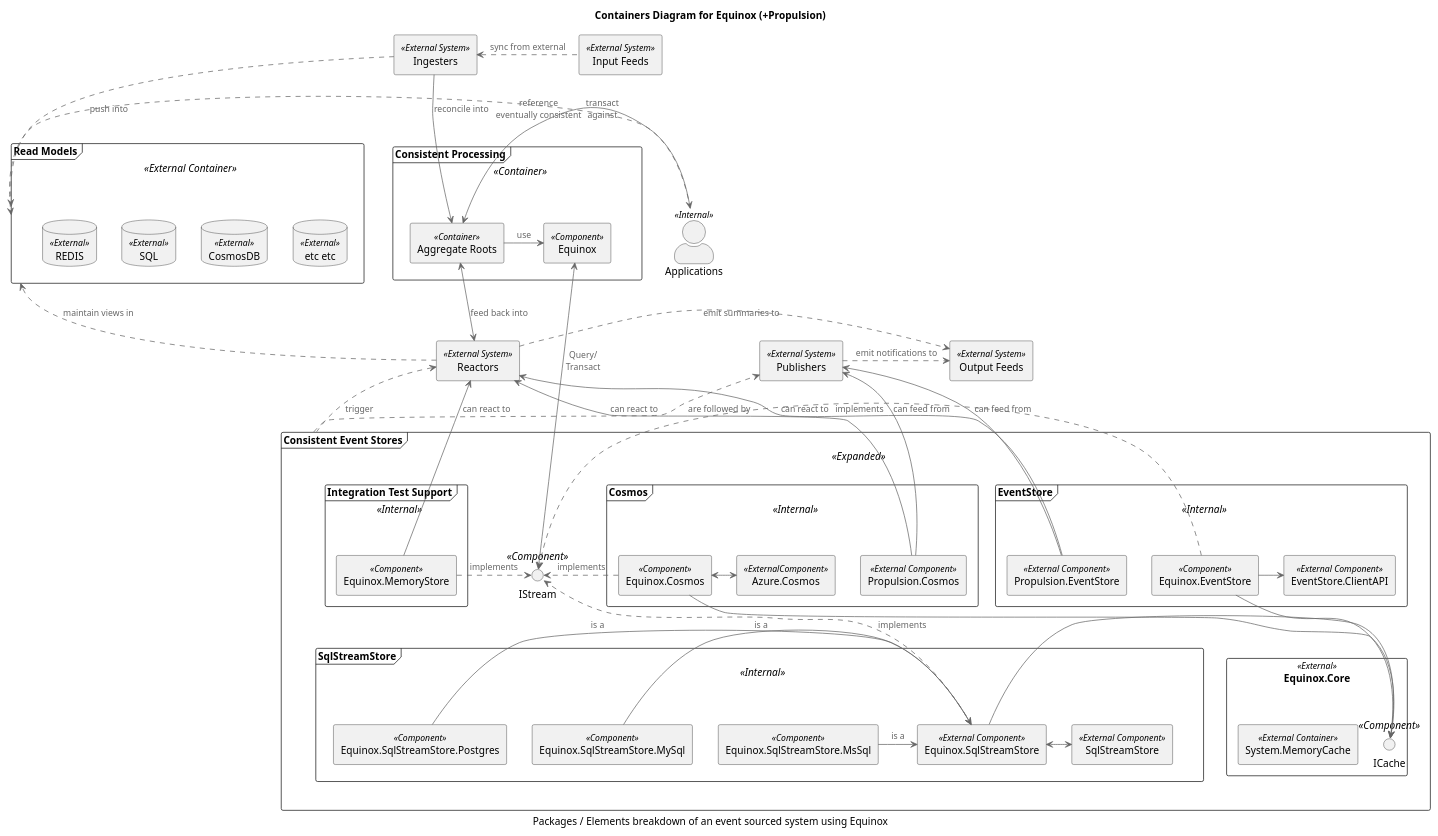
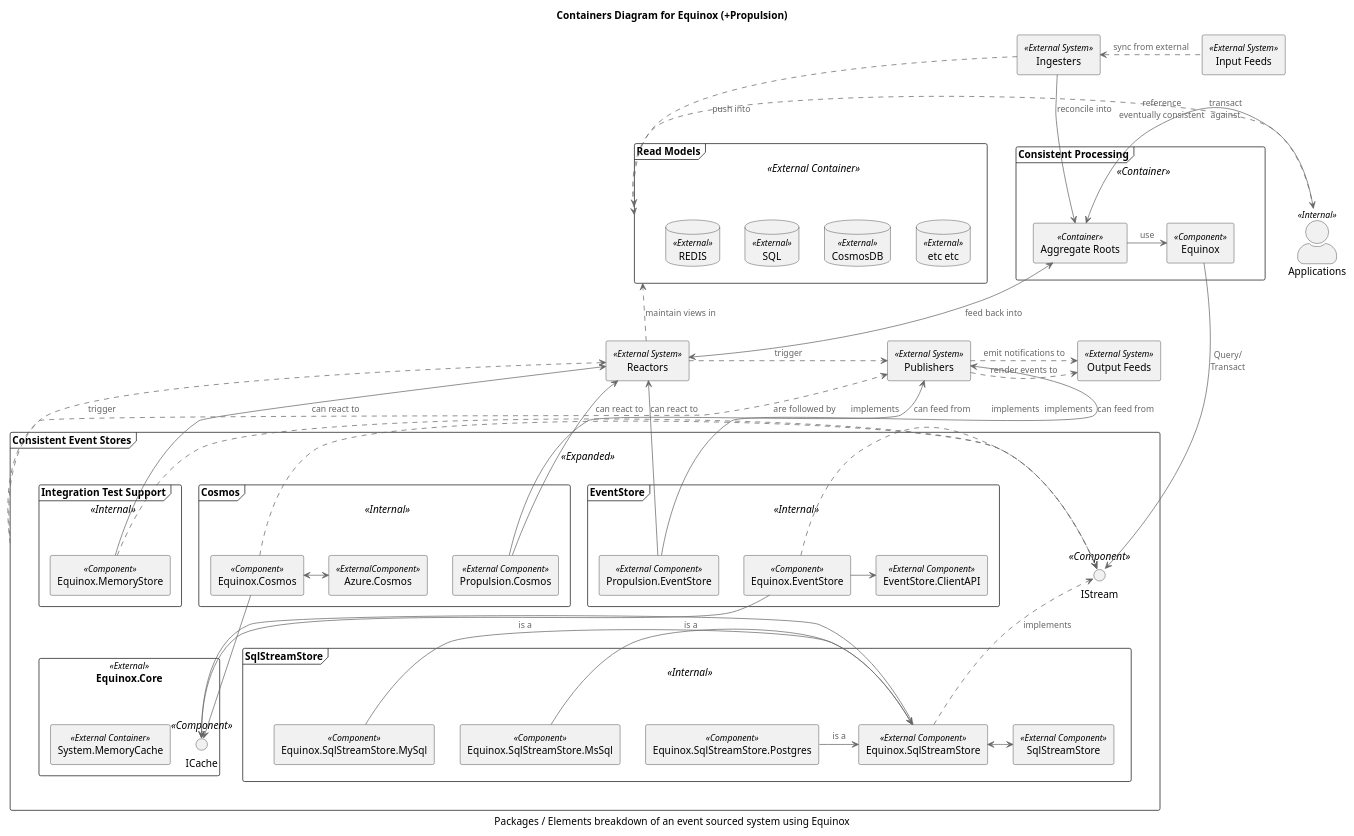
Before and after one commit to jet/equinox: the diagram in diagrams/container.puml, drawn with PlantUML. The commit also changed 14 other files, not shown here.

```diff
--- a/diagrams/container.puml
+++ b/diagrams/container.puml
@@ -1,105 +1,107 @@
 @startuml
 !includeurl https://raw.githubusercontent.com/skleanthous/C4-PlantumlSkin/master/build/output/c4.puml
 
 title Containers Diagram for Equinox (+Propulsion)
 caption Packages / Elements breakdown of an event sourced system using Equinox
 
 rectangle "Ingesters" as ingesters <<External System>> 
 rectangle "Input Feeds" as inputs <<External System>> 
 actor "Applications" as apps <<Internal>>
 
 together {
     frame "Consistent Processing" <<Container>> as services {
         rectangle "Equinox" <<Component>> as equinox
         rectangle "Aggregate Roots" as aggs <<Container>>
     }
     frame "Read Models" <<External Container>> as caches {
         database "REDIS"    as red <<External>>
         database "SQL"      as sql <<External>>
         database "CosmosDB" as cdb <<External>>
         database "etc etc"  as etc <<External>>
     }
 }
 
 frame "Consistent Event Stores" as stores <<Expanded>> {
     frame "Cosmos" as cosmos <<Internal>> {
         rectangle "Equinox.Cosmos" <<Component>> as cs
-        rectangle "Propulsion.Cosmos" <<External Component>> as cfp
+        rectangle "Propulsion.Cosmos" <<External Component>> as cr
         rectangle "Azure.Cosmos" <<ExternalComponent>> as cc
     }
     frame "EventStore" <<Internal>> {
         rectangle "Equinox.EventStore" <<Component>> as es
-        rectangle "Propulsion.EventStore" <<External Component>> as all
+        rectangle "Propulsion.EventStore" <<External Component>> as er
         rectangle "EventStore.ClientAPI" <<External Component>> as esc
     }
     frame "Integration Test Support" <<Internal>> {
         rectangle "Equinox.MemoryStore" <<Component>> as ms 
     }
     interface IStream <<Component>>
     rectangle "Equinox.Core" as core <<External>> {
         rectangle "System.MemoryCache" <<External Container>>
         interface ICache <<Component>>
     }
     frame "SqlStreamStore" as ssss <<Internal>> {
         rectangle "Equinox.SqlStreamStore.MsSql" <<Component>> as ssm
         rectangle "Equinox.SqlStreamStore.MySql" <<Component>> as ssy
         rectangle "Equinox.SqlStreamStore.Postgres" <<Component>> as ssp
         rectangle "Equinox.SqlStreamStore" <<External Component>> as sss
         rectangle "SqlStreamStore" <<External Component>>
     }
 }
 
 rectangle "Reactors" as reactors <<External System>> 
 rectangle "Publishers" as publishers <<External System>> 
 rectangle "Output Feeds" as outputs <<External System>> 
 
 apps         .> caches     : reference\neventually consistent
 apps        <-> aggs       : transact\nagainst
 
 aggs         -> equinox    : use
-equinox     <-> IStream    : Query/\nTransact
+equinox      -> IStream    : Query/\nTransact
+
+stores     .>   publishers : are followed by
+stores     .U.> reactors   : trigger
 
 ingesters  <.   inputs     : sync from external
 ingesters    -> aggs       : reconcile into
 ingesters    .> caches     : push into
 
-stores     .>   publishers : are followed by
-stores     .U.> reactors   : trigger
+reactors  <-U-> aggs       : feed back into
+reactors     .> caches     : maintain views in
+reactors   <-   ms         : can react to
+reactors   <-   cr         : can react to
+reactors   <-   er         : can react to
+reactors     .> publishers : trigger
 
 publishers   .> outputs    : emit notifications to
-publishers <--  cfp        : can feed from
-publishers <--  all        : can feed from
-
-reactors  <-U-> aggs       : feed back into
-reactors     .> outputs    : emit summaries to
-reactors     .> caches     : maintain views in
-reactors   <-   ms         : can react to
-reactors   <-   cfp        : can react to
-reactors   <-   all        : can react to
+publishers   .> outputs    : render events to
+publishers <--  cr         : can feed from
+publishers <--  er         : can feed from
 
 ms           .> IStream    : implements
 es           -> ICache
 es           .> IStream    : implements
 es           -> esc
 cs          --> ICache
 cs           .> IStream    : implements
 cs          <-> cc
 sss          -> ICache
 sss          .> IStream    : implements
 
 ssm          -> sss        : is a
 ssy          -> sss        : is a
 ssp          -> sss        : is a
 sss         <-> SqlStreamStore
 
 services   -[hidden]D-> reactors
+
 ingesters  -[hidden]D-> services
+publishers -[hidden]D-> es
 
-publishers -[hidden]D-> es
 IStream    -[hidden]D-> ssss
 
 red        -[hidden]R-> sql
 sql        -[hidden]R-> cdb
 cdb        -[hidden]R-> etc
 
 @enduml
```
